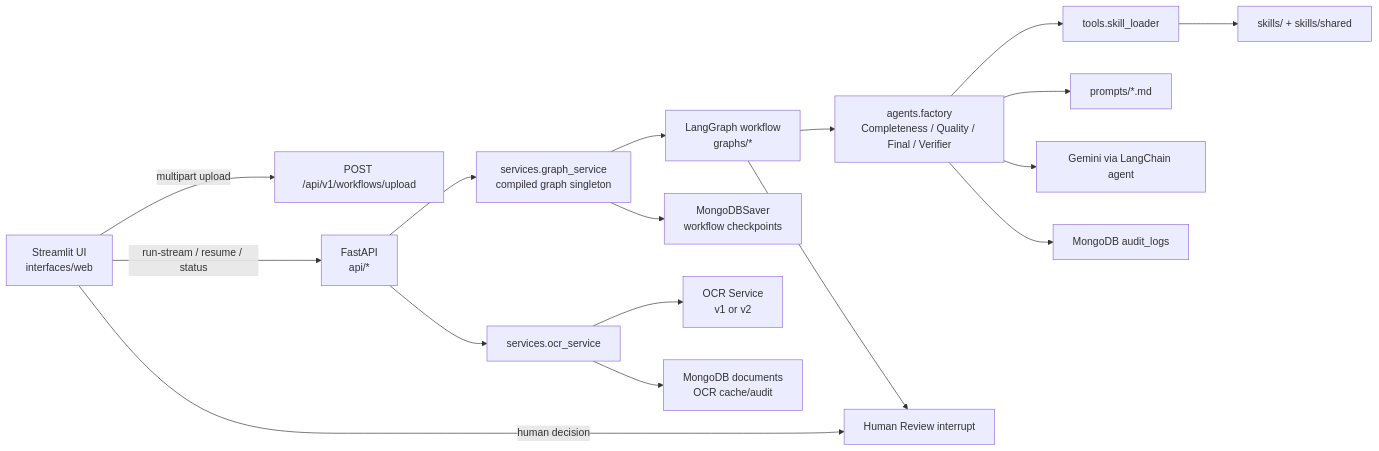
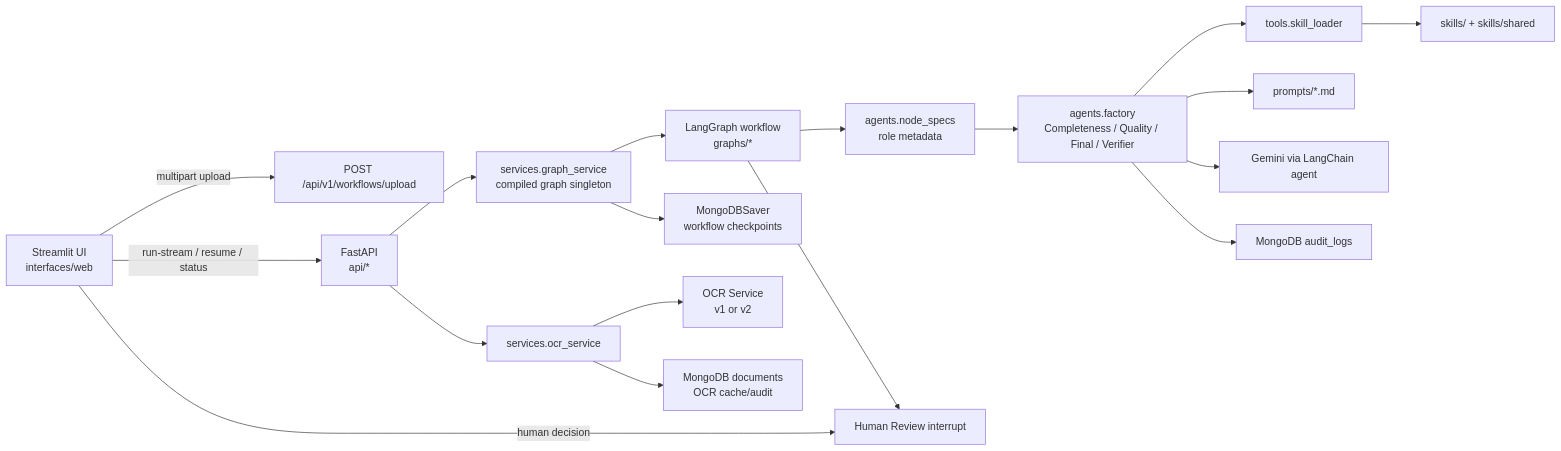
The first of 2 diagrams in src/agent-service/docs/README.md (anhtuan23004/Undergraduate-thesis-2026), drawn with Mermaid before and after one commit. The commit also changed other lines of this file and 10 other files, not shown here.

Commit message:
refactor(agent-service): add agent node specs

````diff
--- a/src/agent-service/docs/README.md
+++ b/src/agent-service/docs/README.md
@@ -19,23 +19,24 @@
 ```mermaid
 flowchart LR
     UI["Streamlit UI<br/>interfaces/web"] -->|"multipart upload"| UploadAPI["POST /api/v1/workflows/upload"]
     UI -->|"run-stream / resume / status"| API["FastAPI<br/>api/*"]
 
     API --> GraphService["services.graph_service<br/>compiled graph singleton"]
     GraphService --> Graph["LangGraph workflow<br/>graphs/*"]
     GraphService --> Checkpointer["MongoDBSaver<br/>workflow checkpoints"]
 
     API --> OCRService["services.ocr_service"]
     OCRService --> OCRExternal["OCR Service<br/>v1 or v2"]
     OCRService --> Documents["MongoDB documents<br/>OCR cache/audit"]
 
-    Graph --> Agents["agents.factory<br/>Completeness / Quality / Final / Verifier"]
+    Graph --> AgentSpecs["agents.node_specs<br/>role metadata"]
+    AgentSpecs --> Agents["agents.factory<br/>Completeness / Quality / Final / Verifier"]
     Agents --> SkillLoader["tools.skill_loader"]
     SkillLoader --> Skills["skills/<agent> + skills/shared"]
     Agents --> Prompts["prompts/*.md"]
     Agents --> LLM["Gemini via LangChain agent"]
     Agents --> Audit["MongoDB audit_logs"]
 
     Graph --> HITL["Human Review interrupt"]
     UI -->|"human decision"| HITL
 ```
````
